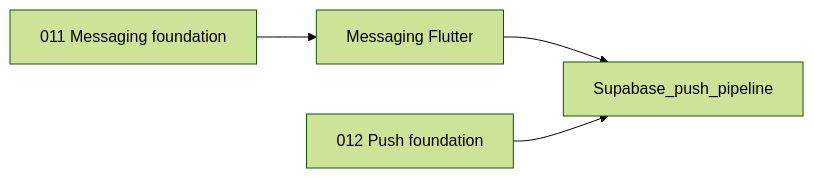
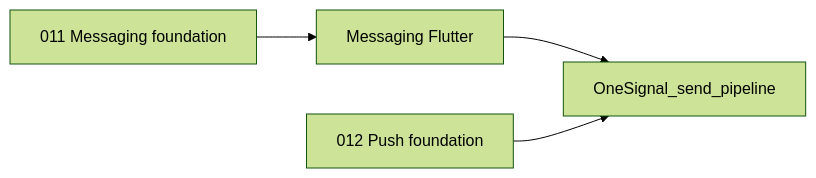
The diagram in docs/wave5_plan.md (abdulsamadaidid-code/Schoolify), drawn with Mermaid (forest theme) before and after one commit. The commit also changed other lines of this file and 7 other files, not shown here.

First line of the commit message:
Lock OneSignal as push provider across all docs

````diff
--- a/docs/wave5_plan.md
+++ b/docs/wave5_plan.md
@@ -185,11 +185,11 @@
 ```mermaid
 flowchart LR
   MsgDB[011 Messaging foundation]
   MsgUI[Messaging Flutter]
   PushDB[012 Push foundation]
-  PushSvc[Supabase_push_pipeline]
+  PushSvc[OneSignal_send_pipeline]
 
   MsgDB --> MsgUI
   MsgUI --> PushSvc
   PushDB --> PushSvc
 ```
````
